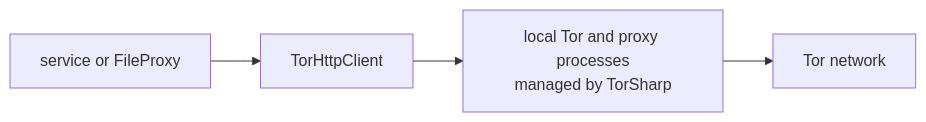
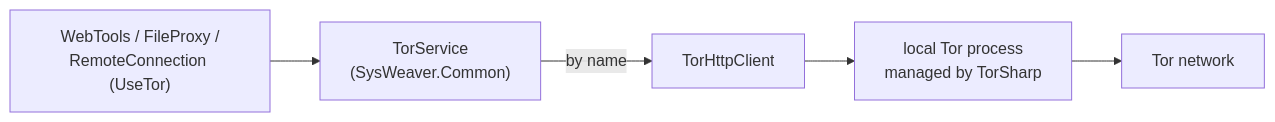
One commit to dosh1974/SysWeaver changed the diagram in SysWeaver.Tor/README.md. Above: the diagram before and after it, drawn with Mermaid. The commit also changed other lines of this file and 532 other files, not shown here.

````diff
--- a/SysWeaver.Tor/README.md
+++ b/SysWeaver.Tor/README.md
@@ -18,6 +18,7 @@
 ```mermaid
 flowchart LR
-  Svc["service or FileProxy"] --> TC["TorHttpClient"]
-  TC --> Tor["local Tor and proxy processes<br/>managed by TorSharp"]
+  Svc["WebTools / FileProxy /<br/>RemoteConnection (UseTor)"] --> TS["TorService<br/>(SysWeaver.Common)"]
+  TS -->|by name| TC["TorHttpClient"]
+  TC --> Tor["local Tor process<br/>managed by TorSharp"]
   Tor --> Net["Tor network"]
 ```
````
